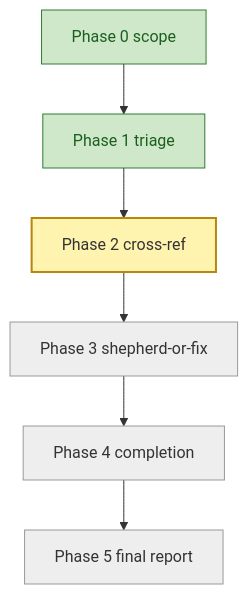
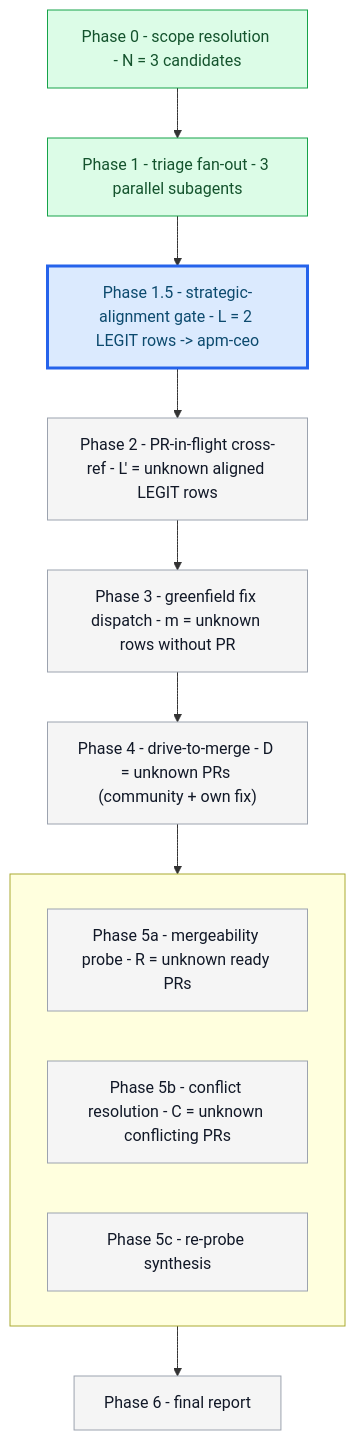
The third of 8 diagrams in packages/batch-bug-shepherd/.apm/skills/batch-bug-shepherd/evals/fixtures/three-issues-mixed.with_skill.md (microsoft/apm), drawn with Mermaid before and after one commit. The commit also changed other lines of this file and 112 other files, not shown here.

````diff
--- a/packages/batch-bug-shepherd/.apm/skills/batch-bug-shepherd/evals/fixtures/three-issues-mixed.with_skill.md
+++ b/packages/batch-bug-shepherd/.apm/skills/batch-bug-shepherd/evals/fixtures/three-issues-mixed.with_skill.md
@@ -77,15 +100,26 @@
 ```mermaid
 flowchart TB
-    P0[Phase 0 scope]:::done
-    P1[Phase 1 triage]:::done
-    P2[Phase 2 cross-ref]:::active
-    P3[Phase 3 shepherd-or-fix]:::pending
-    P4[Phase 4 completion]:::pending
-    P5[Phase 5 final report]:::pending
-    P0 --> P1 --> P2 --> P3 --> P4 --> P5
-    classDef pending fill:#eee,stroke:#999,color:#333
-    classDef active  fill:#fff3b0,stroke:#b8860b,color:#333,stroke-width:2px
-    classDef done    fill:#cfe8c9,stroke:#2e7d32,color:#1b5e20
-    classDef blocked fill:#f8c7c7,stroke:#b71c1c,color:#7f0000
-    classDef skipped fill:#f0f0f0,stroke:#bbb,color:#888,stroke-dasharray:3 3
+    P0["Phase 0 - scope resolution - N = 3 candidates"]:::done
+    P1["Phase 1 - triage fan-out - 3 parallel subagents"]:::done
+    P15["Phase 1.5 - strategic-alignment gate - L = 2 LEGIT rows -> apm-ceo"]:::active
+    P2["Phase 2 - PR-in-flight cross-ref - L' = unknown aligned LEGIT rows"]:::pending
+    P3["Phase 3 - greenfield fix dispatch - m = unknown rows without PR"]:::pending
+    P4["Phase 4 - drive-to-merge - D = unknown PRs (community + own fix)"]:::pending
+
+    subgraph WAVE4[" "]
+        direction LR
+        P5a["Phase 5a - mergeability probe - R = unknown ready PRs"]:::pending
+        P5b["Phase 5b - conflict resolution - C = unknown conflicting PRs"]:::pending
+        P5c["Phase 5c - re-probe synthesis"]:::pending
+    end
+
+    P6["Phase 6 - final report"]:::pending
+
+    P0 --> P1 --> P15 --> P2 --> P3 --> P4 --> WAVE4 --> P6
+
+    classDef pending fill:#f5f5f5,stroke:#9ca3af,stroke-width:1px,color:#111827
+    classDef active  fill:#dbeafe,stroke:#2563eb,stroke-width:3px,color:#0c4a6e
+    classDef done    fill:#dcfce7,stroke:#16a34a,stroke-width:1px,color:#14532d
+    classDef blocked fill:#fef3c7,stroke:#d97706,stroke-width:2px,color:#78350f
+    classDef skipped fill:#f3f4f6,stroke:#6b7280,stroke-width:1px,stroke-dasharray:4 2,color:#374151
 ```
````
